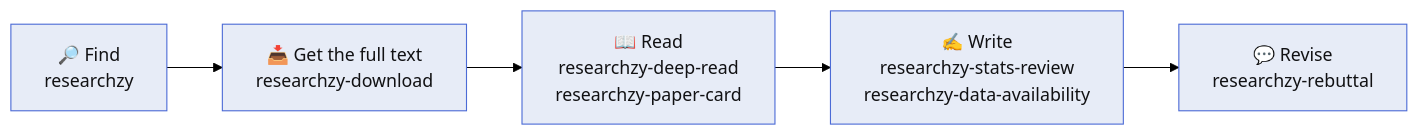
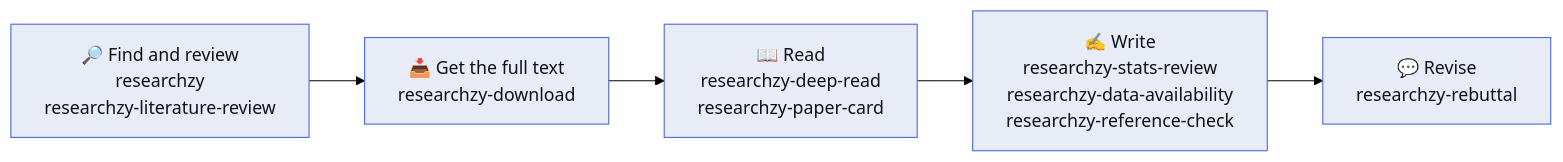
Before and after one commit to Researchzy/Researchzy-academic-skills: the diagram in README.md, drawn with Mermaid (forest theme). The commit also changed other lines of this file and 28 other files, not shown here.

First line of the commit message:
Add researchzy-literature-review and researchzy-reference-check (1.7.0)

````diff
--- a/README.md
+++ b/README.md
@@ -60,10 +64,10 @@
 ```mermaid
 %%{init: {"flowchart": {"wrappingWidth": 260}}}%%
 flowchart LR
-    A["🔎 Find<br/>researchzy"] --> B["📥 Get the full text<br/>researchzy-download"]
+    A["🔎 Find and review<br/>researchzy<br/>researchzy-literature-review"] --> B["📥 Get the full text<br/>researchzy-download"]
     B --> C["📖 Read<br/>researchzy-deep-read<br/>researchzy-paper-card"]
-    C --> D["✍️ Write<br/>researchzy-stats-review<br/>researchzy-data-availability"]
+    C --> D["✍️ Write<br/>researchzy-stats-review<br/>researchzy-data-availability<br/>researchzy-reference-check"]
     D --> E["💬 Revise<br/>researchzy-rebuttal"]
     classDef step fill:#E7ECF7,stroke:#4C6BD6,color:#111113
     class A,B,C,D,E step
 ```
````
